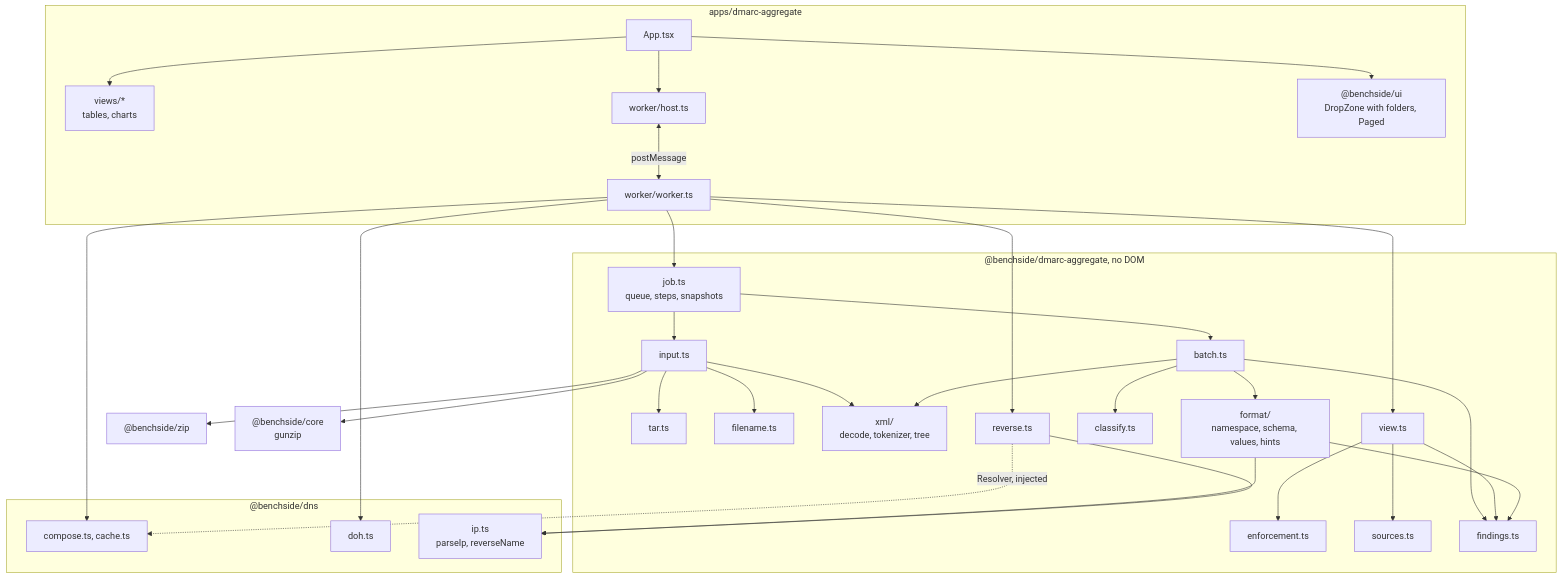
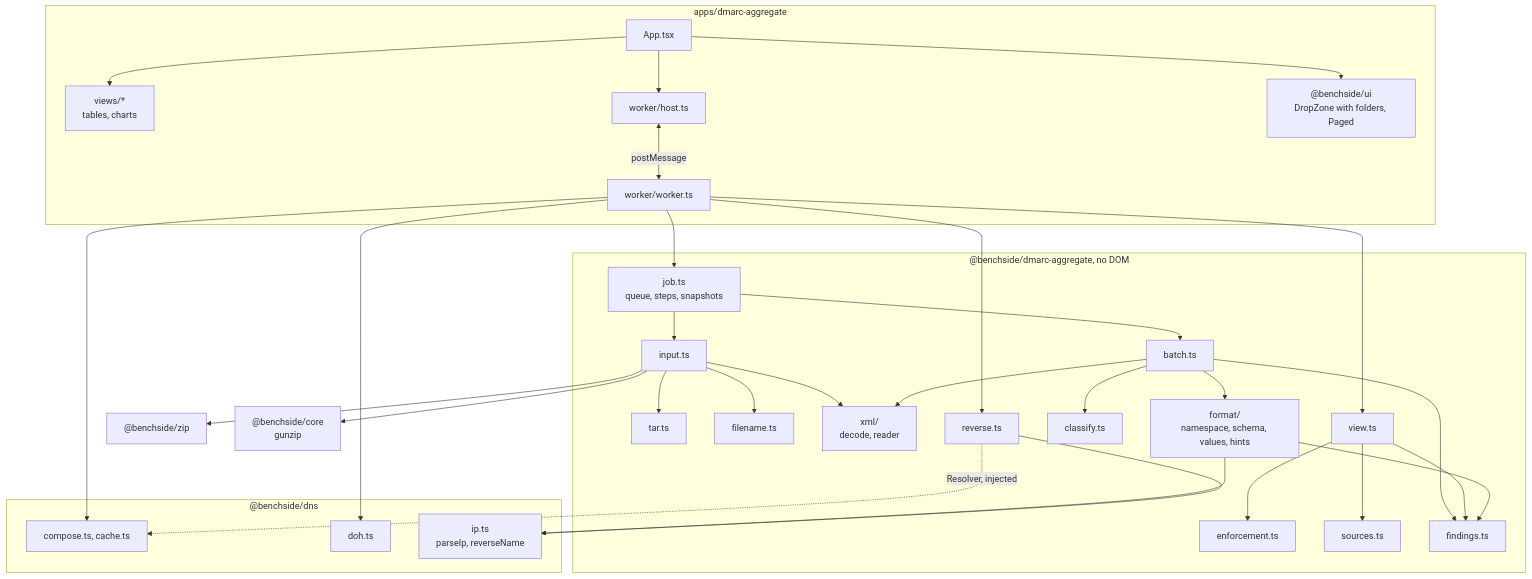
One commit to photom/benchside changed the first of 4 diagrams in docs/explanation/dmarc-aggregate-architecture.md. Above: the diagram before and after it, drawn with Mermaid. The commit also changed other lines of this file and 10 other files, not shown here.

Commit message:
Add the DMARC aggregate XML reader (step 3) (#27)

````diff
--- a/docs/explanation/dmarc-aggregate-architecture.md
+++ b/docs/explanation/dmarc-aggregate-architecture.md
@@ -7,34 +7,34 @@
 ```mermaid
 flowchart TD
   subgraph app ["apps/dmarc-aggregate"]
     App[App.tsx] --> views["views/*<br/>tables, charts"]
     App --> host[worker/host.ts]
     host <-- postMessage --> worker[worker/worker.ts]
     App --> ui["@benchside/ui<br/>DropZone with folders, Paged"]
   end
   subgraph pkg ["@benchside/dmarc-aggregate, no DOM"]
     job["job.ts<br/>queue, steps, snapshots"] --> batch[batch.ts]
     job --> input[input.ts]
     input --> tar[tar.ts]
     input --> filename[filename.ts]
     input --> xml
-    batch --> xml["xml/<br/>decode, tokenizer, tree"]
+    batch --> xml["xml/<br/>decode, reader"]
     batch --> format["format/<br/>namespace, schema, values, hints"]
     batch --> classify[classify.ts]
     view[view.ts] --> enforce[enforcement.ts]
     view --> sources[sources.ts]
     reverse[reverse.ts]
     batch & view & format --> findings[findings.ts]
   end
   subgraph dns ["@benchside/dns"]
     compose[compose.ts, cache.ts]
     doh[doh.ts]
     ip["ip.ts<br/>parseIp, reverseName"]
   end
   input --> zip["@benchside/zip"]
   input --> core["@benchside/core<br/>gunzip"]
   format & reverse --> ip
   reverse -. "Resolver, injected" .-> compose
   worker --> job & view & reverse
   worker --> compose & doh
 ```
````
